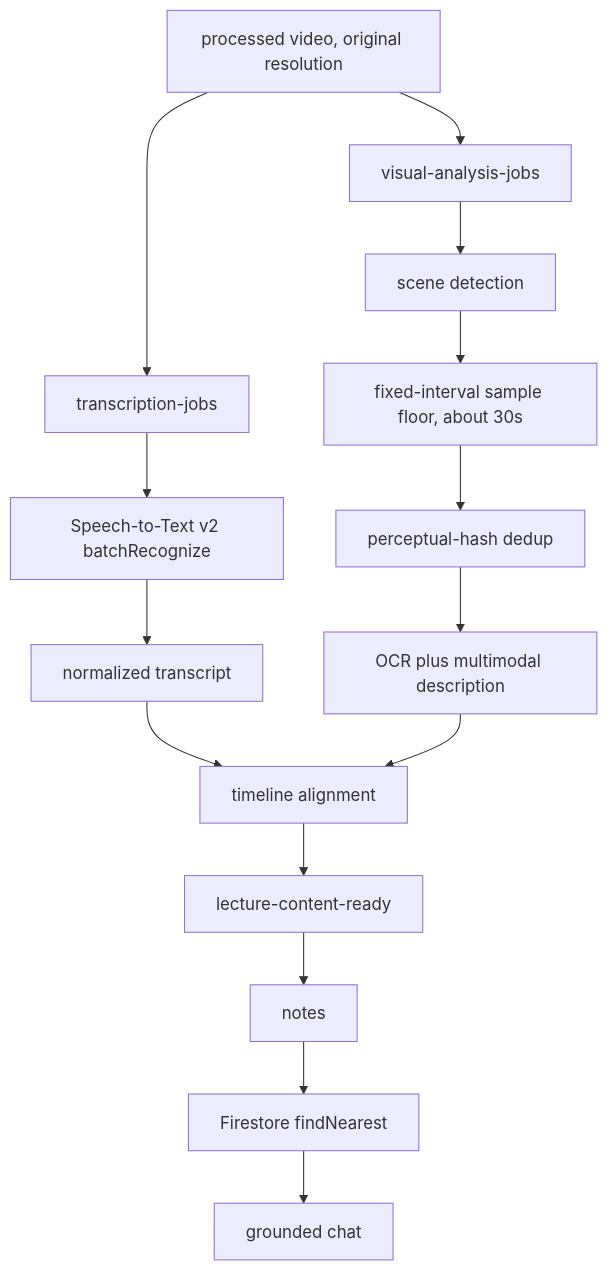
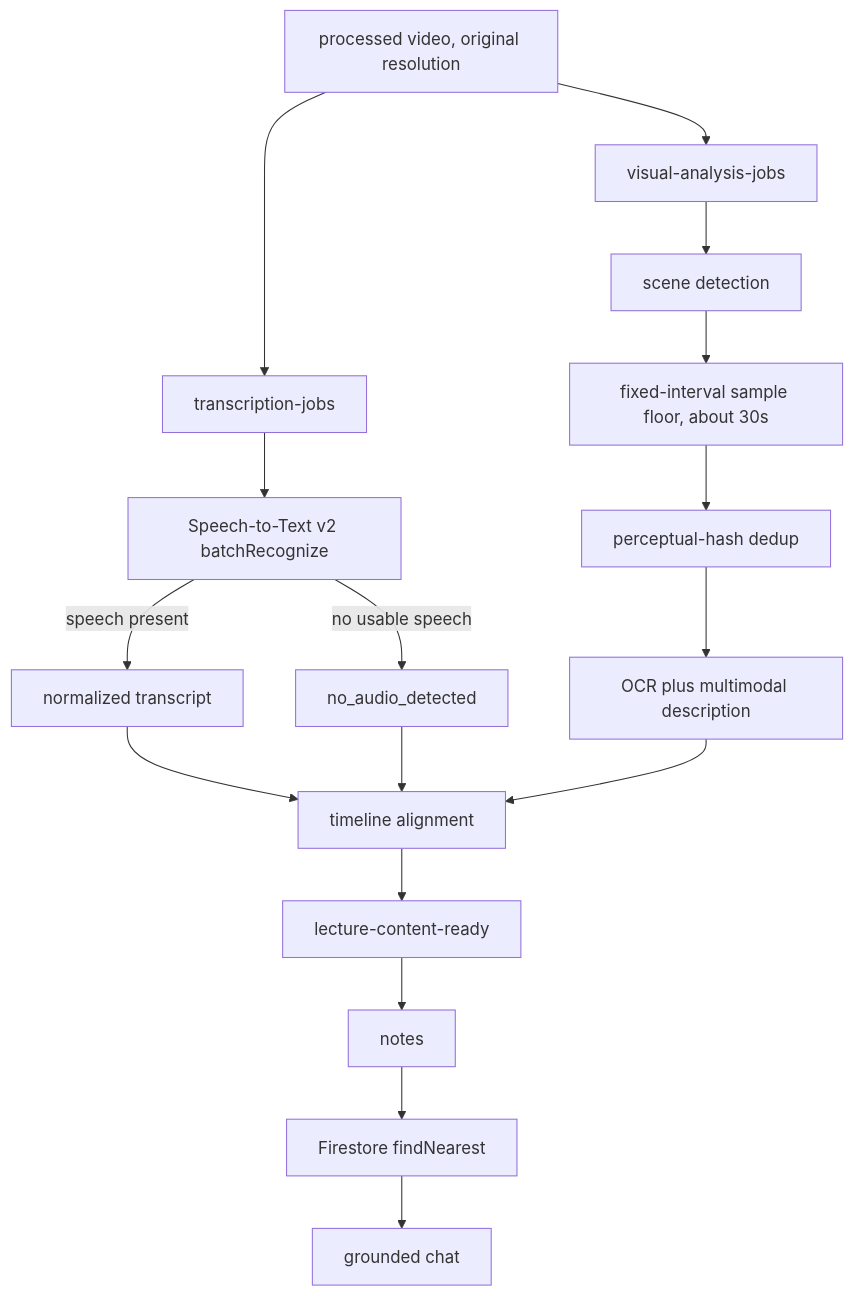
One commit to suryaatm21/cloudscribe-ai changed the diagram in docs/features/multimodal-lecture-content.md. Above: the diagram before and after it, drawn with Mermaid. The commit also changed other lines of this file and 6 other files, not shown here.

````diff
--- a/docs/features/multimodal-lecture-content.md
+++ b/docs/features/multimodal-lecture-content.md
@@ -73,17 +79,19 @@
 ```mermaid
 flowchart TD
   Processed["processed video, original resolution"] --> AudioJob[transcription-jobs]
   Processed --> VisualJob[visual-analysis-jobs]
   AudioJob --> Speech["Speech-to-Text v2 batchRecognize"]
-  Speech --> TranscriptDoc["normalized transcript"]
+  Speech -->|"speech present"| TranscriptDoc["normalized transcript"]
+  Speech -->|"no usable speech"| Silent["no_audio_detected"]
   VisualJob --> SceneDetect["scene detection"]
   SceneDetect --> SampleFloor["fixed-interval sample floor, about 30s"]
   SampleFloor --> Dedup["perceptual-hash dedup"]
   Dedup --> OcrDesc["OCR plus multimodal description"]
   TranscriptDoc --> Assembler["timeline alignment"]
+  Silent --> Assembler
   OcrDesc --> Assembler
   Assembler --> ReadyEvent["lecture-content-ready"]
   ReadyEvent --> Notes[notes]
   Notes --> Retrieval["Firestore findNearest"]
   Retrieval --> Chat["grounded chat"]
 ```
````
